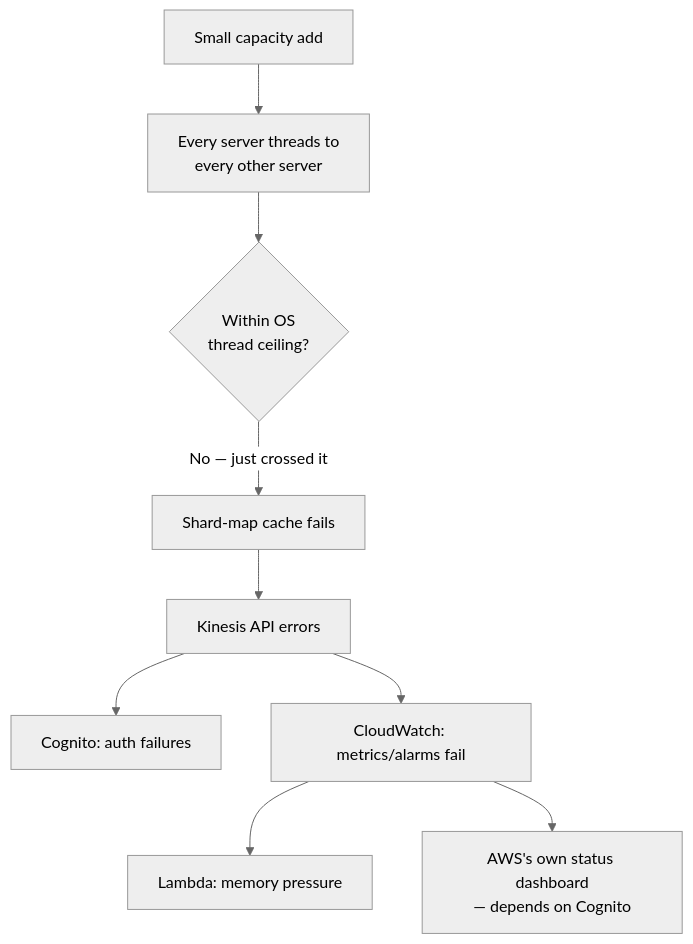
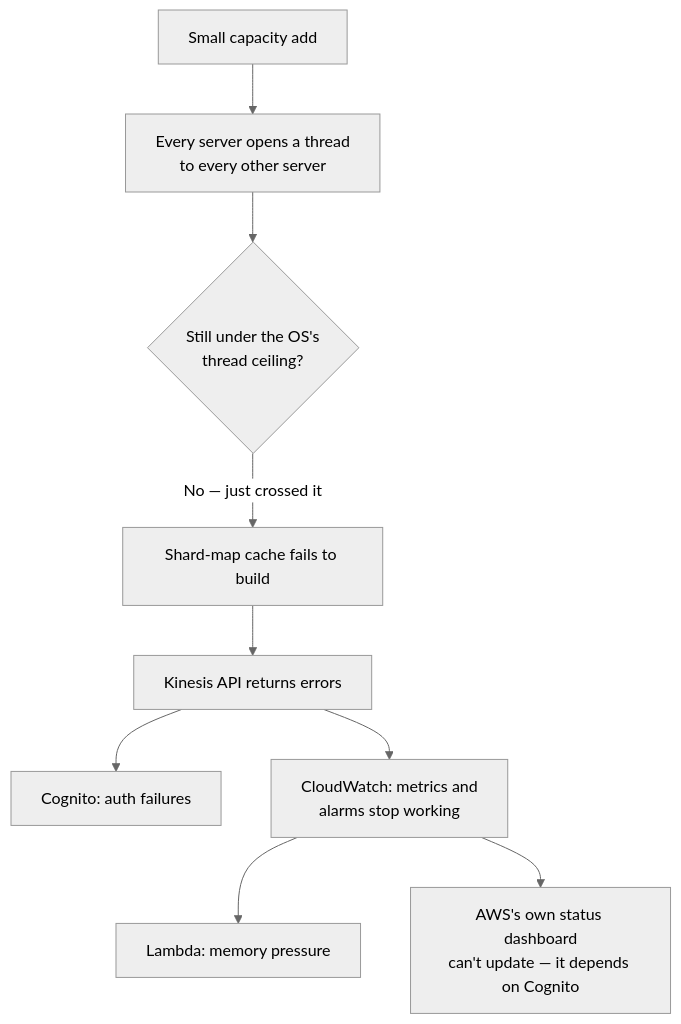
Before and after one commit to riyaz-pasha/Learnings: the third of 11 diagrams in system-design/HLD/0-course/39-Spectacular-Failures-FAANG-Guide-story.md, drawn with Mermaid (neutral theme). The commit also changed other lines of this file and 1 other file, not shown here.

Commit message:
[REWRITE] Spectacular Failures story guide: simplify prose, add structure, fix diagrams

````diff
--- a/system-design/HLD/0-course/39-Spectacular-Failures-FAANG-Guide-story.md
+++ b/system-design/HLD/0-course/39-Spectacular-Failures-FAANG-Guide-story.md
@@ -92,11 +125,11 @@
 ```mermaid
 flowchart TD
-    A[Small capacity add] --> B[Every server threads to<br/>every other server]
-    B --> C{Within OS<br/>thread ceiling?}
-    C -- "No — just crossed it" --> D[Shard-map cache fails]
-    D --> E[Kinesis API errors]
-    E --> F[Cognito: auth failures]
-    E --> G[CloudWatch: metrics/alarms fail]
-    G --> H[Lambda: memory pressure]
-    G --> I[AWS's own status dashboard<br/>— depends on Cognito]
+    A["Small capacity add"] --> B["Every server opens a thread<br/>to every other server"]
+    B --> C{"Still under the OS's<br/>thread ceiling?"}
+    C -- "No — just crossed it" --> D["Shard-map cache fails to build"]
+    D --> E["Kinesis API returns errors"]
+    E --> F["Cognito: auth failures"]
+    E --> G["CloudWatch: metrics and<br/>alarms stop working"]
+    G --> H["Lambda: memory pressure"]
+    G --> I["AWS's own status dashboard<br/>can't update — it depends on Cognito"]
 ```
````
